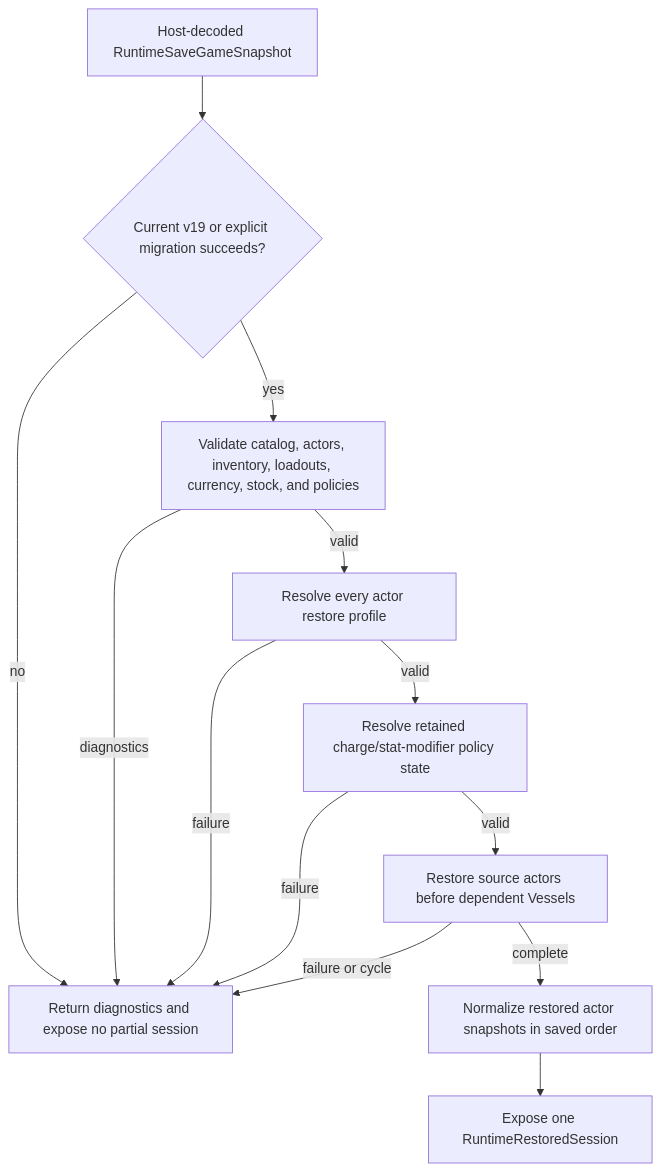
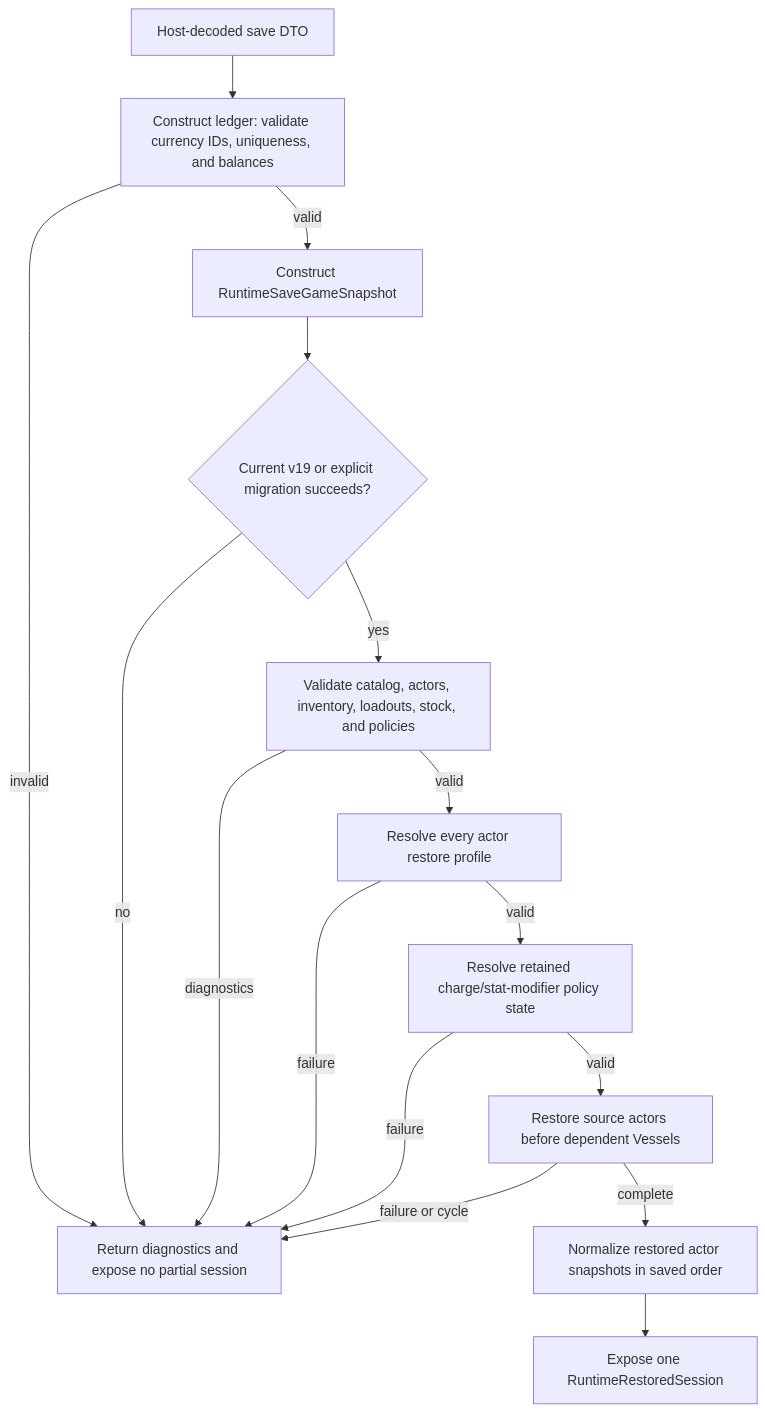
One commit to KayelC/Convergence changed the fifth of 5 diagrams in docs/technical/inventory-equipment-economy-runtime.md. Above: the diagram before and after it, drawn with Mermaid. The commit also changed other lines of this file and 3 other files, not shown here.

````diff
--- a/docs/technical/inventory-equipment-economy-runtime.md
+++ b/docs/technical/inventory-equipment-economy-runtime.md
@@ -304,24 +304,28 @@
 ```mermaid
 flowchart TB
-    Input["Host-decoded RuntimeSaveGameSnapshot"]
+    Input["Host-decoded save DTO"]
+    Ledger["Construct ledger: validate currency IDs, uniqueness, and balances"]
+    Snapshot["Construct RuntimeSaveGameSnapshot"]
     Migrate{"Current v19 or explicit migration succeeds?"}
-    Validate["Validate catalog, actors, inventory, loadouts, currency, stock, and policies"]
+    Validate["Validate catalog, actors, inventory, loadouts, stock, and policies"]
     Profiles["Resolve every actor restore profile"]
     Policies["Resolve retained charge/stat-modifier policy state"]
     Dependencies["Restore source actors before dependent Vessels"]
     Normalize["Normalize restored actor snapshots in saved order"]
     Success["Expose one RuntimeRestoredSession"]
     Reject["Return diagnostics and expose no partial session"]
 
-    Input --> Migrate
+    Input --> Ledger
+    Ledger -->|"invalid"| Reject
+    Ledger -->|"valid"| Snapshot --> Migrate
     Migrate -->|"no"| Reject
     Migrate -->|"yes"| Validate
     Validate -->|"diagnostics"| Reject
     Validate -->|"valid"| Profiles
     Profiles -->|"failure"| Reject
     Profiles -->|"valid"| Policies
     Policies -->|"failure"| Reject
     Policies -->|"valid"| Dependencies
     Dependencies -->|"failure or cycle"| Reject
     Dependencies -->|"complete"| Normalize --> Success
 ```
````
